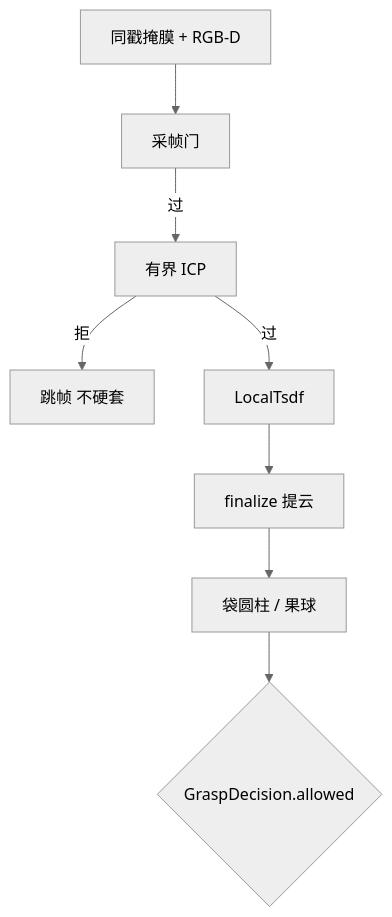
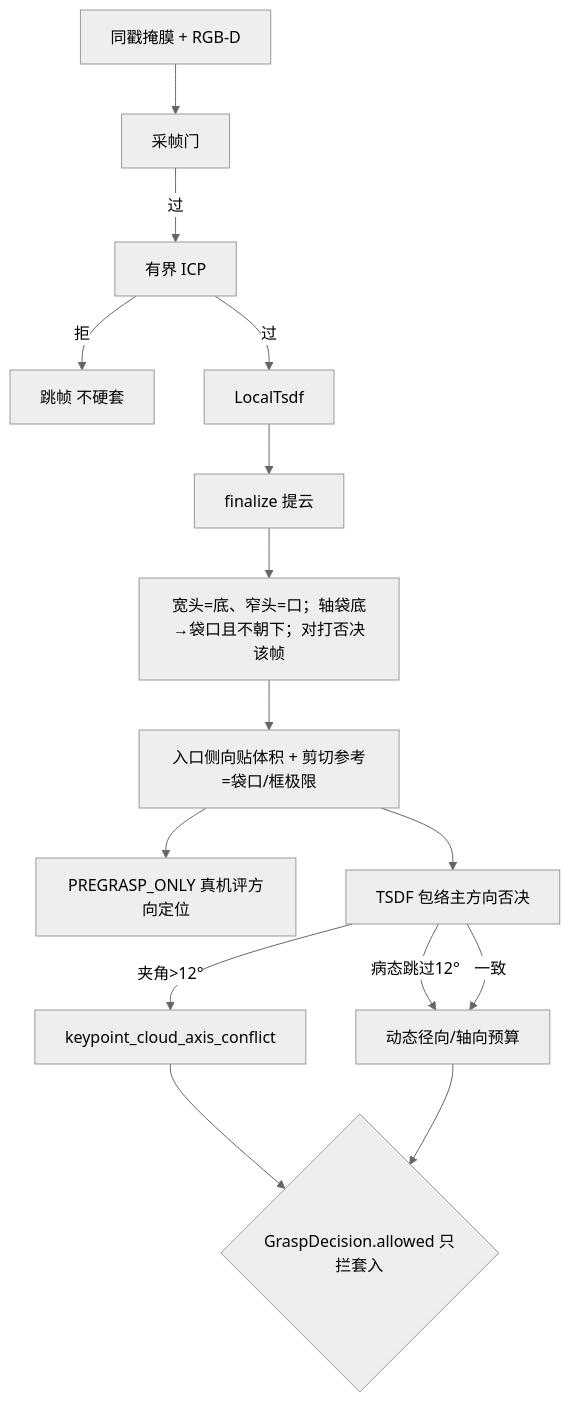
Before and after one commit to MUHAN11-c/aubo_boot: the fourth of 4 diagrams in docs/io.md, drawn with Mermaid (neutral theme). The commit also changed other lines of this file and 189 other files, not shown here.

First line of the commit message:
chore: 暂存 PREGRASP_ONLY 真机与袋轴/重建修复快照并备份到 Gitee

````diff
--- a/docs/io.md
+++ b/docs/io.md
@@ -214,10 +224,17 @@
 ```mermaid
 flowchart TB
   obs["同戳掩膜 + RGB-D"] --> gate["采帧门"]
   gate -->|过| icp["有界 ICP"]
   icp -->|拒| skip["跳帧 不硬套"]
   icp -->|过| tsdf["LocalTsdf"]
   tsdf --> fin["finalize 提云"]
-  fin --> refit["袋圆柱 / 果球"]
-  refit --> gd{"GraspDecision.allowed"}
+  fin --> landmarks["宽头=底、窄头=口；轴袋底→袋口且不朝下；对打否决该帧"]
+  landmarks --> geom["入口侧向贴体积 + 剪切参考=袋口/框极限"]
+  geom --> pre["PREGRASP_ONLY 真机评方向定位"]
+  geom --> envelope["TSDF 包络主方向否决"]
+  envelope -->|病态跳过12°| budget["动态径向/轴向预算"]
+  envelope -->|夹角>12°| veto["keypoint_cloud_axis_conflict"]
+  envelope -->|一致| budget
+  veto --> gd{"GraspDecision.allowed 只拦套入"}
+  budget --> gd
 ```
````
